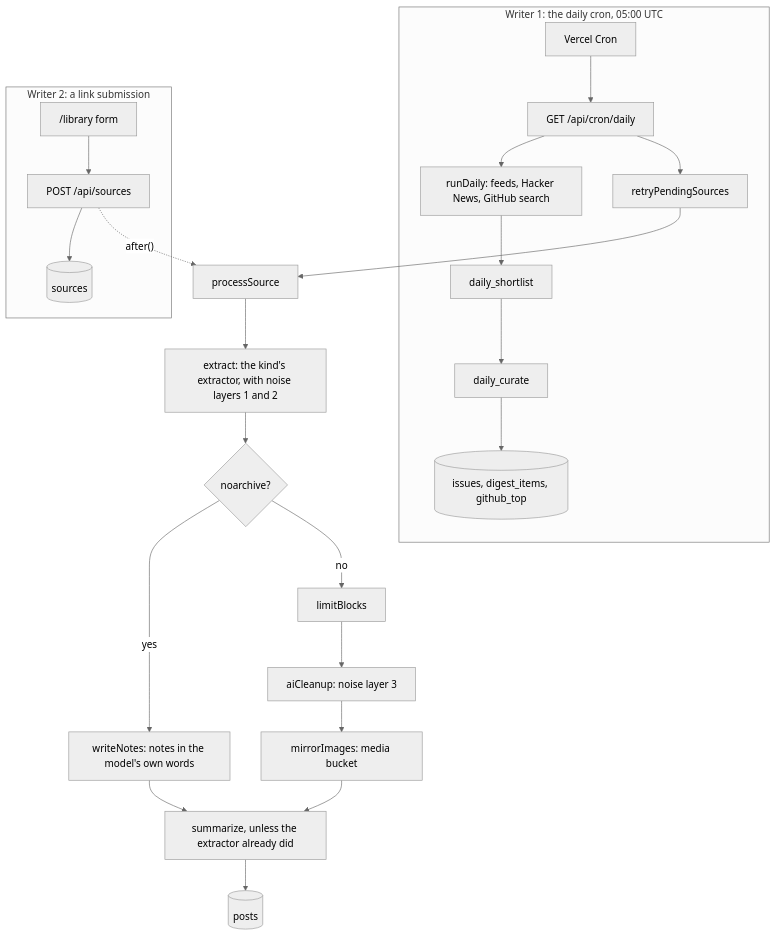
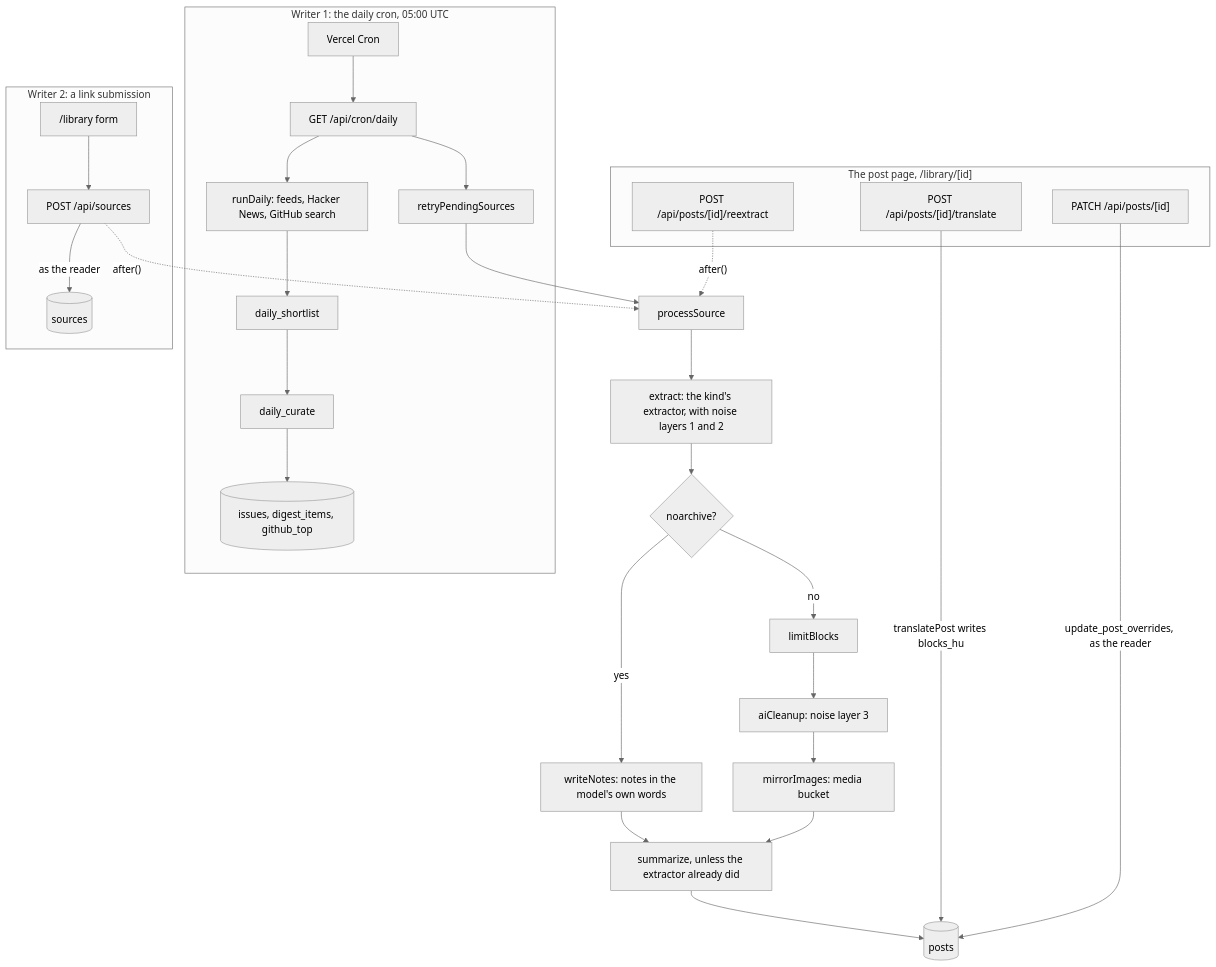
One commit to Danzsu/Danzsu-Research-Hub changed the diagram in README.md. Above: the diagram before and after it, drawn with Mermaid (neutral theme). The commit also changed other lines of this file and 3 other files, not shown here.

````diff
--- a/README.md
+++ b/README.md
@@ -23,23 +23,31 @@
 ```mermaid
 flowchart TD
   subgraph daily["Writer 1: the daily cron, 05:00 UTC"]
     cron["Vercel Cron"] --> cronRoute["GET /api/cron/daily"]
     cronRoute --> runDaily["runDaily: feeds, Hacker News, GitHub search"]
     runDaily --> shortlist["daily_shortlist"] --> curate["daily_curate"]
     curate --> radar[("issues, digest_items, github_top")]
     cronRoute --> retry["retryPendingSources"]
   end
   subgraph submit["Writer 2: a link submission"]
     form["/library form"] --> sourcesRoute["POST /api/sources"]
-    sourcesRoute --> sources[("sources")]
+    sourcesRoute -->|"as the reader"| sources[("sources")]
+  end
+  subgraph postPage["The post page, /library/[id]"]
+    reextractRoute["POST /api/posts/[id]/reextract"]
+    translateRoute["POST /api/posts/[id]/translate"]
+    editRoute["PATCH /api/posts/[id]"]
   end
   sourcesRoute -.->|"after()"| ingest["processSource"]
+  reextractRoute -.->|"after()"| ingest
   retry --> ingest
   ingest --> extract["extract: the kind's extractor, with noise layers 1 and 2"]
   extract --> noarchive{"noarchive?"}
   noarchive -->|yes| notes["writeNotes: notes in the model's own words"]
   noarchive -->|no| limit["limitBlocks"] --> cleanup["aiCleanup: noise layer 3"] --> images["mirrorImages: media bucket"]
   notes --> summarize["summarize, unless the extractor already did"]
   images --> summarize
   summarize --> posts[("posts")]
+  translateRoute -->|"translatePost writes blocks_hu"| posts
+  editRoute -->|"update_post_overrides, as the reader"| posts
 ```
````
